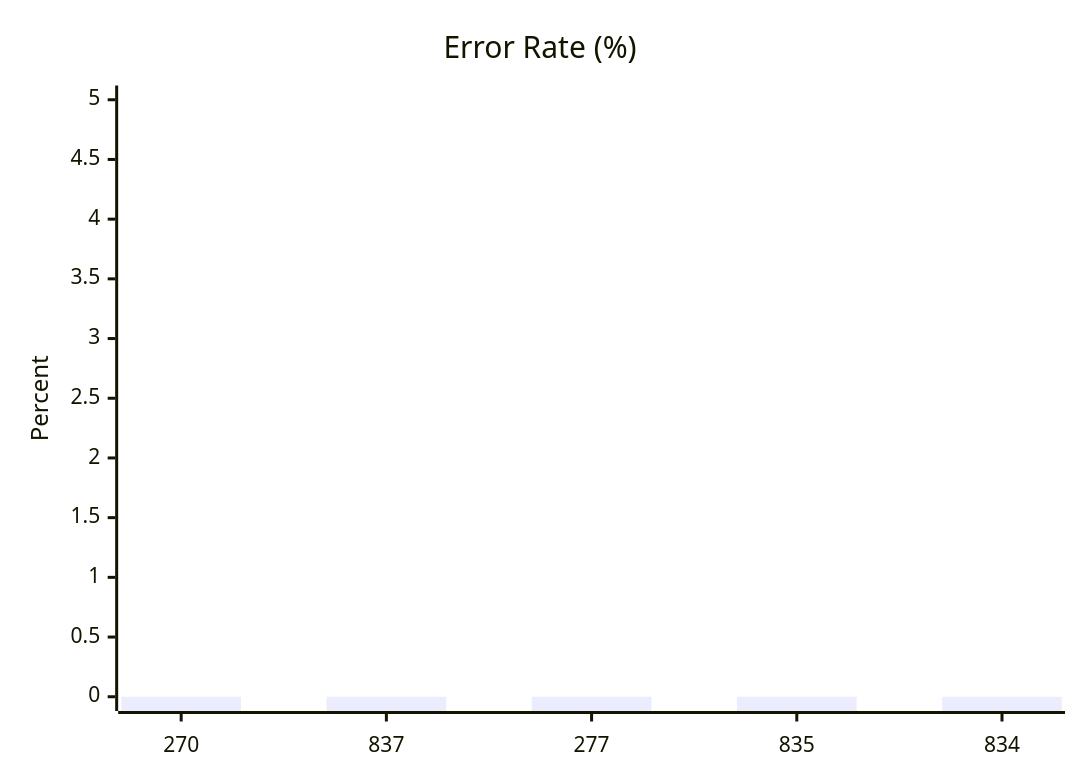
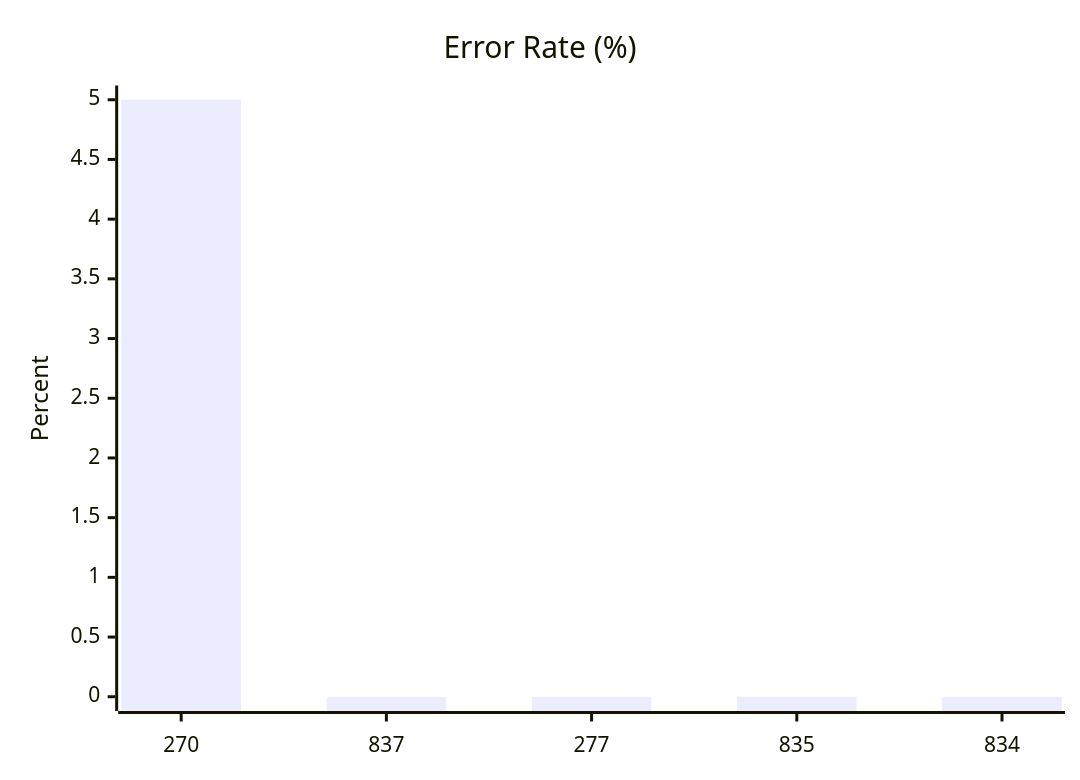
The fourth of 10 diagrams in test-tools/DataGen/src/Statistics_Visualizer.md (dhagan-va/intern-2025), drawn with Mermaid before and after one commit. The commit also changed other lines of this file and 3 other files, not shown here.

````diff
--- a/test-tools/DataGen/src/Statistics_Visualizer.md
+++ b/test-tools/DataGen/src/Statistics_Visualizer.md
@@ -50,7 +50,7 @@
 ```mermaid
 xychart-beta
     title "Error Rate (%)"
     x-axis ["270", "837", "277", "835", "834"]
     y-axis "Percent" 0 --> 5
-    bar [0, 0, 0, 0, 0]
+    bar [5.0, 0, 0, 0, 0]
 ```
````
